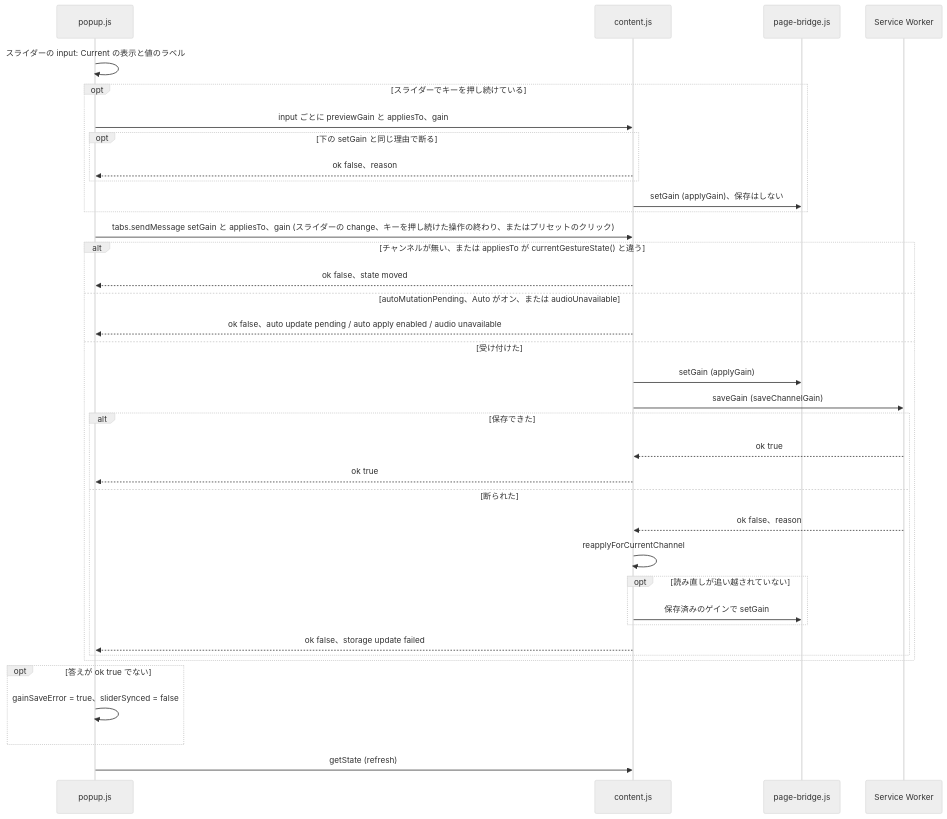
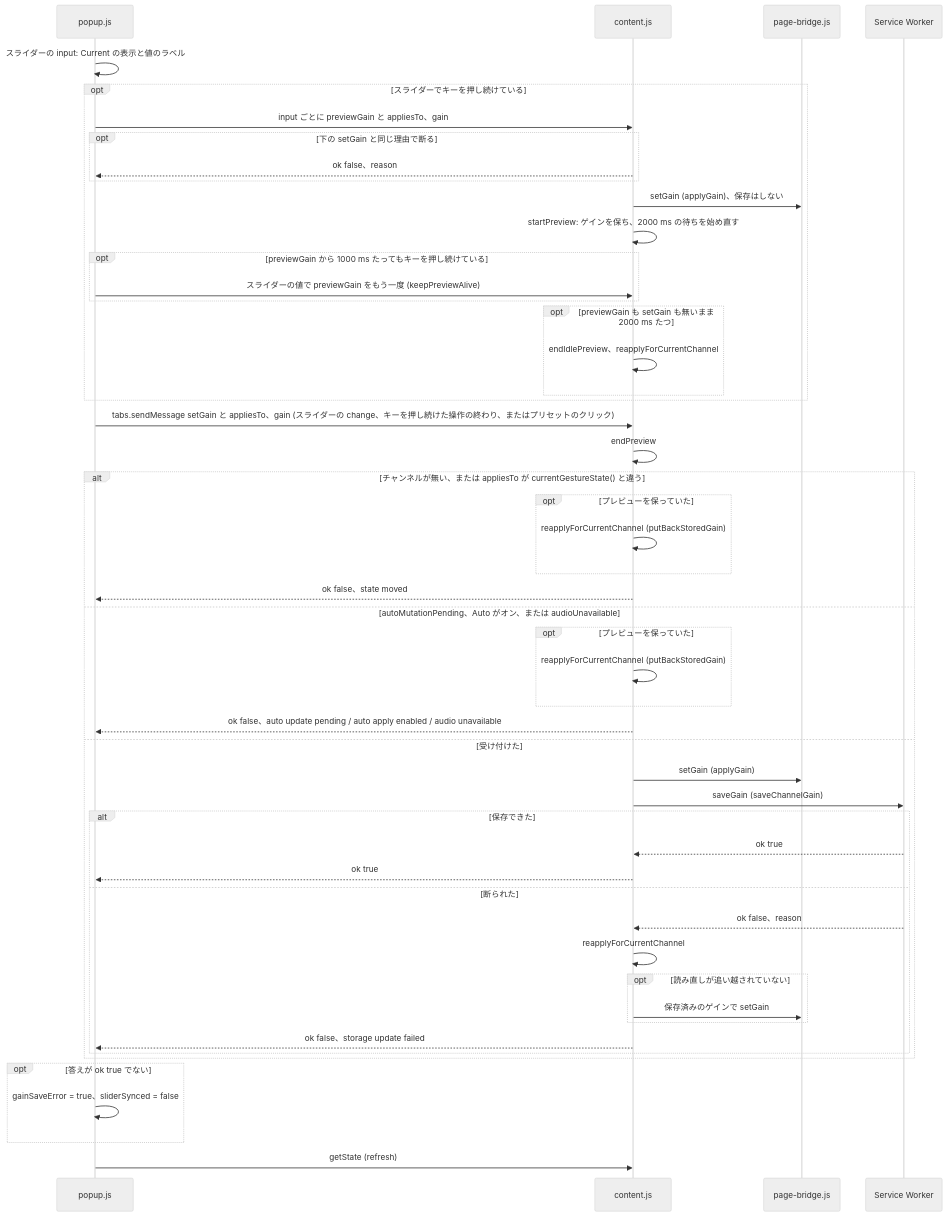
Before and after one commit to semnil/twitch-channel-volume: the sixth of 17 diagrams in docs/gain-change-and-save.ja.md, drawn with Mermaid (neutral theme). The commit also changed other lines of this file and 6 other files, not shown here.

````diff
--- a/docs/gain-change-and-save.ja.md
+++ b/docs/gain-change-and-save.ja.md
@@ -258,39 +260,53 @@
 ```mermaid
 sequenceDiagram
   participant popup as popup.js
   participant content as content.js
   participant bridge as page-bridge.js
   participant sw as Service Worker
   popup->>popup: スライダーの input: Current の表示と値のラベル
   opt スライダーでキーを押し続けている
     popup->>content: input ごとに previewGain と appliesTo、gain
     opt 下の setGain と同じ理由で断る
       content-->>popup: ok false、reason
     end
     content->>bridge: setGain (applyGain)、保存はしない
+    content->>content: startPreview: ゲインを保ち、2000 ms の待ちを始め直す
+    opt previewGain から 1000 ms たってもキーを押し続けている
+      popup->>content: スライダーの値で previewGain をもう一度 (keepPreviewAlive)
+    end
+    opt previewGain も setGain も無いまま 2000 ms たつ
+      content->>content: endIdlePreview、reapplyForCurrentChannel
+    end
   end
   popup->>content: tabs.sendMessage setGain と appliesTo、gain (スライダーの change、キーを押し続けた操作の終わり、またはプリセットのクリック)
+  content->>content: endPreview
   alt チャンネルが無い、または appliesTo が currentGestureState() と違う
+    opt プレビューを保っていた
+      content->>content: reapplyForCurrentChannel (putBackStoredGain)
+    end
     content-->>popup: ok false、state moved
   else autoMutationPending、Auto がオン、または audioUnavailable
+    opt プレビューを保っていた
+      content->>content: reapplyForCurrentChannel (putBackStoredGain)
+    end
     content-->>popup: ok false、auto update pending / auto apply enabled / audio unavailable
   else 受け付けた
     content->>bridge: setGain (applyGain)
     content->>sw: saveGain (saveChannelGain)
     alt 保存できた
       sw-->>content: ok true
       content-->>popup: ok true
     else 断られた
       sw-->>content: ok false、reason
       content->>content: reapplyForCurrentChannel
       opt 読み直しが追い越されていない
         content->>bridge: 保存済みのゲインで setGain
       end
       content-->>popup: ok false、storage update failed
     end
   end
   opt 答えが ok true でない
     popup->>popup: gainSaveError = true、sliderSynced = false
   end
   popup->>content: getState (refresh)
 ```
````
